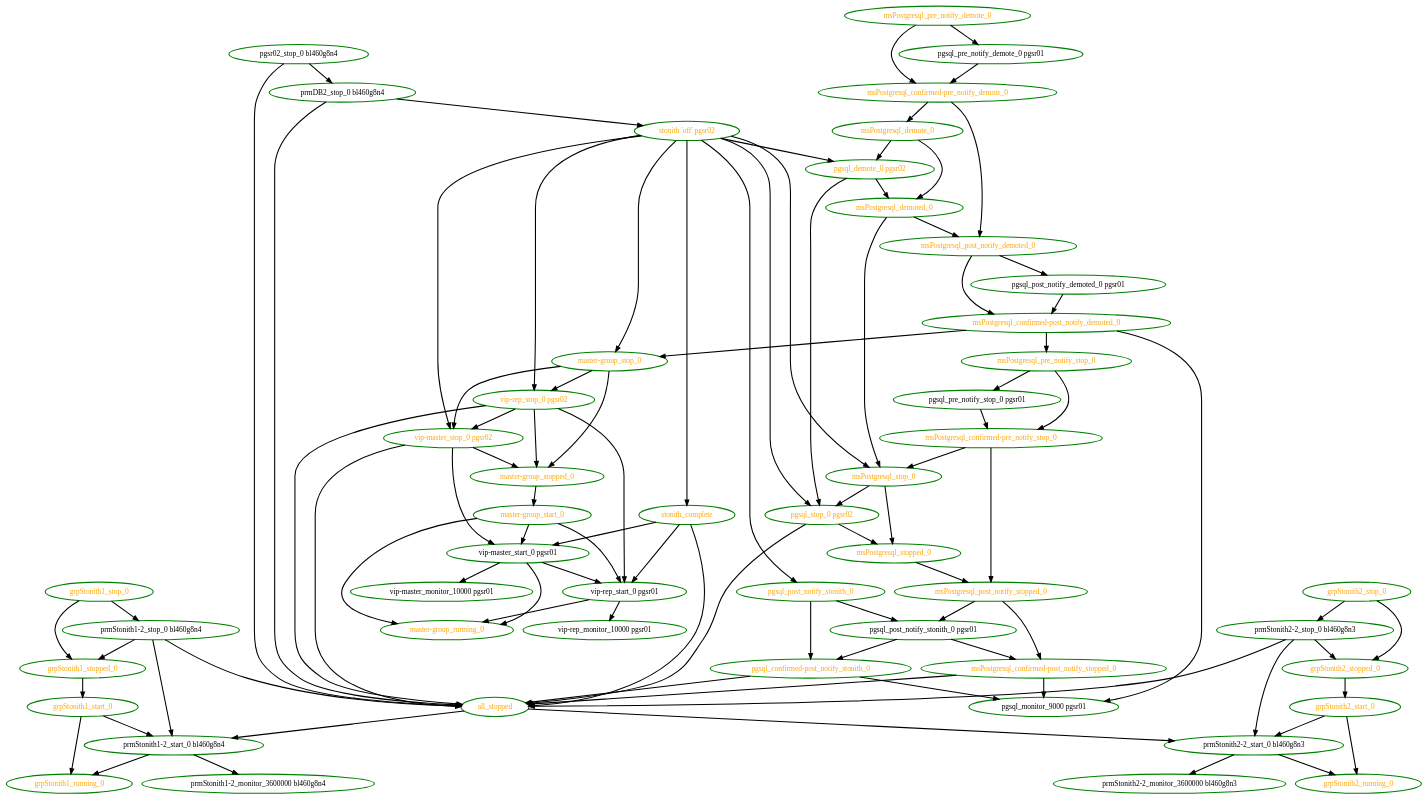
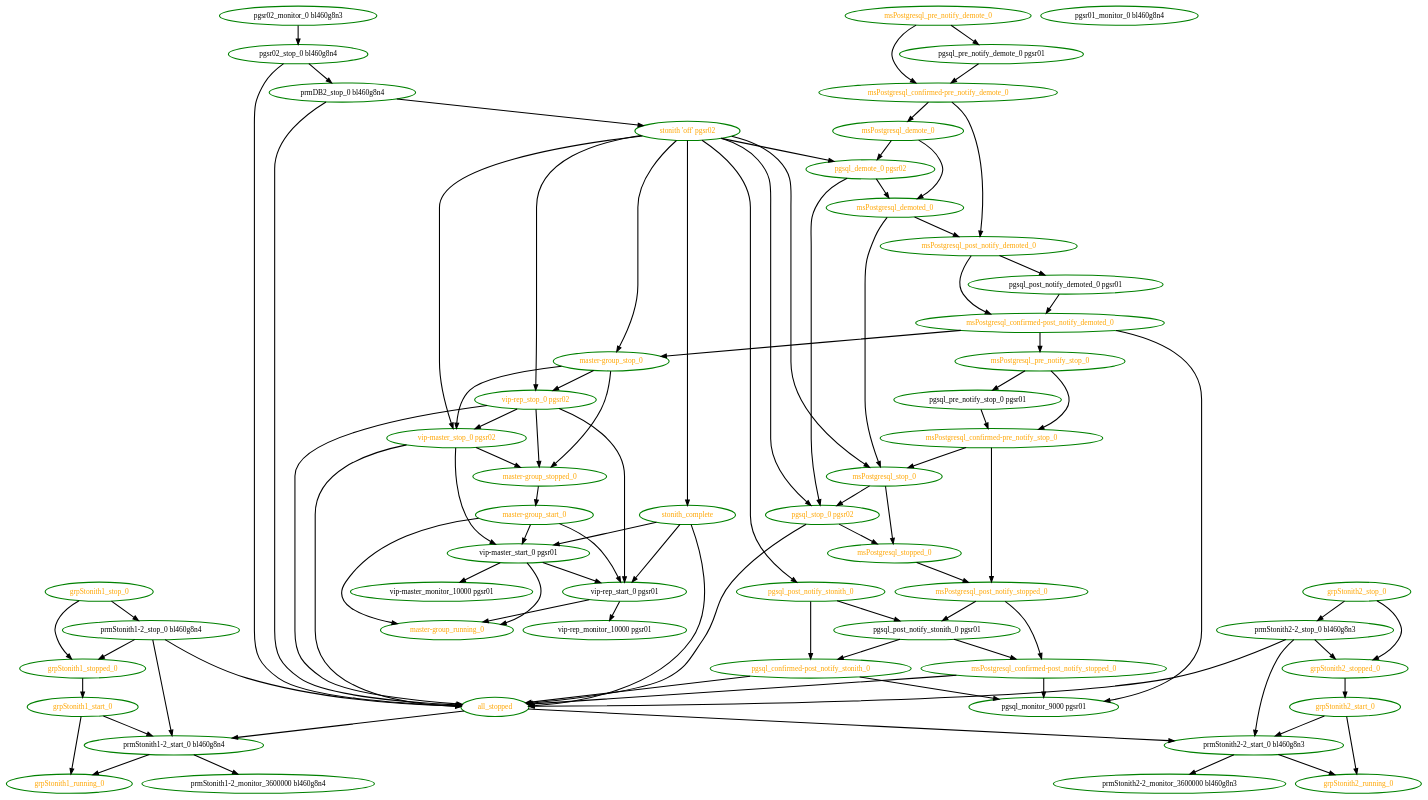
Before and after one commit to ClusterLabs/pacemaker: the diagram in pengine/test10/bug-cl-5247.dot, drawn with Graphviz. The commit also changed 23 other files, not shown here.

```diff
--- a/pengine/test10/bug-cl-5247.dot
+++ b/pengine/test10/bug-cl-5247.dot
@@ -1,145 +1,148 @@
 digraph "g" {
 "all_stopped" -> "prmStonith1-2_start_0 bl460g8n4" [ style = bold]
 "all_stopped" -> "prmStonith2-2_start_0 bl460g8n3" [ style = bold]
 "all_stopped" [ style=bold color="green" fontcolor="orange"]
 "grpStonith1_running_0" [ style=bold color="green" fontcolor="orange"]
 "grpStonith1_start_0" -> "grpStonith1_running_0" [ style = bold]
 "grpStonith1_start_0" -> "prmStonith1-2_start_0 bl460g8n4" [ style = bold]
 "grpStonith1_start_0" [ style=bold color="green" fontcolor="orange"]
 "grpStonith1_stop_0" -> "grpStonith1_stopped_0" [ style = bold]
 "grpStonith1_stop_0" -> "prmStonith1-2_stop_0 bl460g8n4" [ style = bold]
 "grpStonith1_stop_0" [ style=bold color="green" fontcolor="orange"]
 "grpStonith1_stopped_0" -> "grpStonith1_start_0" [ style = bold]
 "grpStonith1_stopped_0" [ style=bold color="green" fontcolor="orange"]
 "grpStonith2_running_0" [ style=bold color="green" fontcolor="orange"]
 "grpStonith2_start_0" -> "grpStonith2_running_0" [ style = bold]
 "grpStonith2_start_0" -> "prmStonith2-2_start_0 bl460g8n3" [ style = bold]
 "grpStonith2_start_0" [ style=bold color="green" fontcolor="orange"]
 "grpStonith2_stop_0" -> "grpStonith2_stopped_0" [ style = bold]
 "grpStonith2_stop_0" -> "prmStonith2-2_stop_0 bl460g8n3" [ style = bold]
 "grpStonith2_stop_0" [ style=bold color="green" fontcolor="orange"]
 "grpStonith2_stopped_0" -> "grpStonith2_start_0" [ style = bold]
 "grpStonith2_stopped_0" [ style=bold color="green" fontcolor="orange"]
 "master-group_running_0" [ style=bold color="green" fontcolor="orange"]
 "master-group_start_0" -> "master-group_running_0" [ style = bold]
 "master-group_start_0" -> "vip-master_start_0 pgsr01" [ style = bold]
 "master-group_start_0" -> "vip-rep_start_0 pgsr01" [ style = bold]
 "master-group_start_0" [ style=bold color="green" fontcolor="orange"]
 "master-group_stop_0" -> "master-group_stopped_0" [ style = bold]
 "master-group_stop_0" -> "vip-master_stop_0 pgsr02" [ style = bold]
 "master-group_stop_0" -> "vip-rep_stop_0 pgsr02" [ style = bold]
 "master-group_stop_0" [ style=bold color="green" fontcolor="orange"]
 "master-group_stopped_0" -> "master-group_start_0" [ style = bold]
 "master-group_stopped_0" [ style=bold color="green" fontcolor="orange"]
 "msPostgresql_confirmed-post_notify_demoted_0" -> "master-group_stop_0" [ style = bold]
 "msPostgresql_confirmed-post_notify_demoted_0" -> "msPostgresql_pre_notify_stop_0" [ style = bold]
 "msPostgresql_confirmed-post_notify_demoted_0" -> "pgsql_monitor_9000 pgsr01" [ style = bold]
 "msPostgresql_confirmed-post_notify_demoted_0" [ style=bold color="green" fontcolor="orange"]
 "msPostgresql_confirmed-post_notify_stopped_0" -> "all_stopped" [ style = bold]
 "msPostgresql_confirmed-post_notify_stopped_0" -> "pgsql_monitor_9000 pgsr01" [ style = bold]
 "msPostgresql_confirmed-post_notify_stopped_0" [ style=bold color="green" fontcolor="orange"]
 "msPostgresql_confirmed-pre_notify_demote_0" -> "msPostgresql_demote_0" [ style = bold]
 "msPostgresql_confirmed-pre_notify_demote_0" -> "msPostgresql_post_notify_demoted_0" [ style = bold]
 "msPostgresql_confirmed-pre_notify_demote_0" [ style=bold color="green" fontcolor="orange"]
 "msPostgresql_confirmed-pre_notify_stop_0" -> "msPostgresql_post_notify_stopped_0" [ style = bold]
 "msPostgresql_confirmed-pre_notify_stop_0" -> "msPostgresql_stop_0" [ style = bold]
 "msPostgresql_confirmed-pre_notify_stop_0" [ style=bold color="green" fontcolor="orange"]
 "msPostgresql_demote_0" -> "msPostgresql_demoted_0" [ style = bold]
 "msPostgresql_demote_0" -> "pgsql_demote_0 pgsr02" [ style = bold]
 "msPostgresql_demote_0" [ style=bold color="green" fontcolor="orange"]
 "msPostgresql_demoted_0" -> "msPostgresql_post_notify_demoted_0" [ style = bold]
 "msPostgresql_demoted_0" -> "msPostgresql_stop_0" [ style = bold]
 "msPostgresql_demoted_0" [ style=bold color="green" fontcolor="orange"]
 "msPostgresql_post_notify_demoted_0" -> "msPostgresql_confirmed-post_notify_demoted_0" [ style = bold]
 "msPostgresql_post_notify_demoted_0" -> "pgsql_post_notify_demoted_0 pgsr01" [ style = bold]
 "msPostgresql_post_notify_demoted_0" [ style=bold color="green" fontcolor="orange"]
 "msPostgresql_post_notify_stopped_0" -> "msPostgresql_confirmed-post_notify_stopped_0" [ style = bold]
 "msPostgresql_post_notify_stopped_0" -> "pgsql_post_notify_stonith_0 pgsr01" [ style = bold]
 "msPostgresql_post_notify_stopped_0" [ style=bold color="green" fontcolor="orange"]
 "msPostgresql_pre_notify_demote_0" -> "msPostgresql_confirmed-pre_notify_demote_0" [ style = bold]
 "msPostgresql_pre_notify_demote_0" -> "pgsql_pre_notify_demote_0 pgsr01" [ style = bold]
 "msPostgresql_pre_notify_demote_0" [ style=bold color="green" fontcolor="orange"]
 "msPostgresql_pre_notify_stop_0" -> "msPostgresql_confirmed-pre_notify_stop_0" [ style = bold]
 "msPostgresql_pre_notify_stop_0" -> "pgsql_pre_notify_stop_0 pgsr01" [ style = bold]
 "msPostgresql_pre_notify_stop_0" [ style=bold color="green" fontcolor="orange"]
 "msPostgresql_stop_0" -> "msPostgresql_stopped_0" [ style = bold]
 "msPostgresql_stop_0" -> "pgsql_stop_0 pgsr02" [ style = bold]
 "msPostgresql_stop_0" [ style=bold color="green" fontcolor="orange"]
 "msPostgresql_stopped_0" -> "msPostgresql_post_notify_stopped_0" [ style = bold]
 "msPostgresql_stopped_0" [ style=bold color="green" fontcolor="orange"]
 "pgsql_confirmed-post_notify_stonith_0" -> "all_stopped" [ style = bold]
 "pgsql_confirmed-post_notify_stonith_0" -> "pgsql_monitor_9000 pgsr01" [ style = bold]
 "pgsql_confirmed-post_notify_stonith_0" [ style=bold color="green" fontcolor="orange"]
 "pgsql_demote_0 pgsr02" -> "msPostgresql_demoted_0" [ style = bold]
 "pgsql_demote_0 pgsr02" -> "pgsql_stop_0 pgsr02" [ style = bold]
 "pgsql_demote_0 pgsr02" [ style=bold color="green" fontcolor="orange"]
 "pgsql_monitor_9000 pgsr01" [ style=bold color="green" fontcolor="black"]
 "pgsql_post_notify_demoted_0 pgsr01" -> "msPostgresql_confirmed-post_notify_demoted_0" [ style = bold]
 "pgsql_post_notify_demoted_0 pgsr01" [ style=bold color="green" fontcolor="black"]
 "pgsql_post_notify_stonith_0 pgsr01" -> "msPostgresql_confirmed-post_notify_stopped_0" [ style = bold]
 "pgsql_post_notify_stonith_0 pgsr01" -> "pgsql_confirmed-post_notify_stonith_0" [ style = bold]
 "pgsql_post_notify_stonith_0 pgsr01" [ style=bold color="green" fontcolor="black"]
 "pgsql_post_notify_stonith_0" -> "pgsql_confirmed-post_notify_stonith_0" [ style = bold]
 "pgsql_post_notify_stonith_0" -> "pgsql_post_notify_stonith_0 pgsr01" [ style = bold]
 "pgsql_post_notify_stonith_0" [ style=bold color="green" fontcolor="orange"]
 "pgsql_pre_notify_demote_0 pgsr01" -> "msPostgresql_confirmed-pre_notify_demote_0" [ style = bold]
 "pgsql_pre_notify_demote_0 pgsr01" [ style=bold color="green" fontcolor="black"]
 "pgsql_pre_notify_stop_0 pgsr01" -> "msPostgresql_confirmed-pre_notify_stop_0" [ style = bold]
 "pgsql_pre_notify_stop_0 pgsr01" [ style=bold color="green" fontcolor="black"]
 "pgsql_stop_0 pgsr02" -> "all_stopped" [ style = bold]
 "pgsql_stop_0 pgsr02" -> "msPostgresql_stopped_0" [ style = bold]
 "pgsql_stop_0 pgsr02" [ style=bold color="green" fontcolor="orange"]
+"pgsr01_monitor_0 bl460g8n4" [ style=bold color="green" fontcolor="black"]
+"pgsr02_monitor_0 bl460g8n3" -> "pgsr02_stop_0 bl460g8n4" [ style = bold]
+"pgsr02_monitor_0 bl460g8n3" [ style=bold color="green" fontcolor="black"]
 "pgsr02_stop_0 bl460g8n4" -> "all_stopped" [ style = bold]
 "pgsr02_stop_0 bl460g8n4" -> "prmDB2_stop_0 bl460g8n4" [ style = bold]
 "pgsr02_stop_0 bl460g8n4" [ style=bold color="green" fontcolor="black"]
 "prmDB2_stop_0 bl460g8n4" -> "all_stopped" [ style = bold]
 "prmDB2_stop_0 bl460g8n4" -> "stonith 'off' pgsr02" [ style = bold]
 "prmDB2_stop_0 bl460g8n4" [ style=bold color="green" fontcolor="black"]
 "prmStonith1-2_monitor_3600000 bl460g8n4" [ style=bold color="green" fontcolor="black"]
 "prmStonith1-2_start_0 bl460g8n4" -> "grpStonith1_running_0" [ style = bold]
 "prmStonith1-2_start_0 bl460g8n4" -> "prmStonith1-2_monitor_3600000 bl460g8n4" [ style = bold]
 "prmStonith1-2_start_0 bl460g8n4" [ style=bold color="green" fontcolor="black"]
 "prmStonith1-2_stop_0 bl460g8n4" -> "all_stopped" [ style = bold]
 "prmStonith1-2_stop_0 bl460g8n4" -> "grpStonith1_stopped_0" [ style = bold]
 "prmStonith1-2_stop_0 bl460g8n4" -> "prmStonith1-2_start_0 bl460g8n4" [ style = bold]
 "prmStonith1-2_stop_0 bl460g8n4" [ style=bold color="green" fontcolor="black"]
 "prmStonith2-2_monitor_3600000 bl460g8n3" [ style=bold color="green" fontcolor="black"]
 "prmStonith2-2_start_0 bl460g8n3" -> "grpStonith2_running_0" [ style = bold]
 "prmStonith2-2_start_0 bl460g8n3" -> "prmStonith2-2_monitor_3600000 bl460g8n3" [ style = bold]
 "prmStonith2-2_start_0 bl460g8n3" [ style=bold color="green" fontcolor="black"]
 "prmStonith2-2_stop_0 bl460g8n3" -> "all_stopped" [ style = bold]
 "prmStonith2-2_stop_0 bl460g8n3" -> "grpStonith2_stopped_0" [ style = bold]
 "prmStonith2-2_stop_0 bl460g8n3" -> "prmStonith2-2_start_0 bl460g8n3" [ style = bold]
 "prmStonith2-2_stop_0 bl460g8n3" [ style=bold color="green" fontcolor="black"]
 "stonith 'off' pgsr02" -> "master-group_stop_0" [ style = bold]
 "stonith 'off' pgsr02" -> "msPostgresql_stop_0" [ style = bold]
 "stonith 'off' pgsr02" -> "pgsql_demote_0 pgsr02" [ style = bold]
 "stonith 'off' pgsr02" -> "pgsql_post_notify_stonith_0" [ style = bold]
 "stonith 'off' pgsr02" -> "pgsql_stop_0 pgsr02" [ style = bold]
 "stonith 'off' pgsr02" -> "stonith_complete" [ style = bold]
 "stonith 'off' pgsr02" -> "vip-master_stop_0 pgsr02" [ style = bold]
 "stonith 'off' pgsr02" -> "vip-rep_stop_0 pgsr02" [ style = bold]
 "stonith 'off' pgsr02" [ style=bold color="green" fontcolor="orange"]
 "stonith_complete" -> "all_stopped" [ style = bold]
 "stonith_complete" -> "vip-master_start_0 pgsr01" [ style = bold]
 "stonith_complete" -> "vip-rep_start_0 pgsr01" [ style = bold]
 "stonith_complete" [ style=bold color="green" fontcolor="orange"]
 "vip-master_monitor_10000 pgsr01" [ style=bold color="green" fontcolor="black"]
 "vip-master_start_0 pgsr01" -> "master-group_running_0" [ style = bold]
 "vip-master_start_0 pgsr01" -> "vip-master_monitor_10000 pgsr01" [ style = bold]
 "vip-master_start_0 pgsr01" -> "vip-rep_start_0 pgsr01" [ style = bold]
 "vip-master_start_0 pgsr01" [ style=bold color="green" fontcolor="black"]
 "vip-master_stop_0 pgsr02" -> "all_stopped" [ style = bold]
 "vip-master_stop_0 pgsr02" -> "master-group_stopped_0" [ style = bold]
 "vip-master_stop_0 pgsr02" -> "vip-master_start_0 pgsr01" [ style = bold]
 "vip-master_stop_0 pgsr02" [ style=bold color="green" fontcolor="orange"]
 "vip-rep_monitor_10000 pgsr01" [ style=bold color="green" fontcolor="black"]
 "vip-rep_start_0 pgsr01" -> "master-group_running_0" [ style = bold]
 "vip-rep_start_0 pgsr01" -> "vip-rep_monitor_10000 pgsr01" [ style = bold]
 "vip-rep_start_0 pgsr01" [ style=bold color="green" fontcolor="black"]
 "vip-rep_stop_0 pgsr02" -> "all_stopped" [ style = bold]
 "vip-rep_stop_0 pgsr02" -> "master-group_stopped_0" [ style = bold]
 "vip-rep_stop_0 pgsr02" -> "vip-master_stop_0 pgsr02" [ style = bold]
 "vip-rep_stop_0 pgsr02" -> "vip-rep_start_0 pgsr01" [ style = bold]
 "vip-rep_stop_0 pgsr02" [ style=bold color="green" fontcolor="orange"]
 }
```
